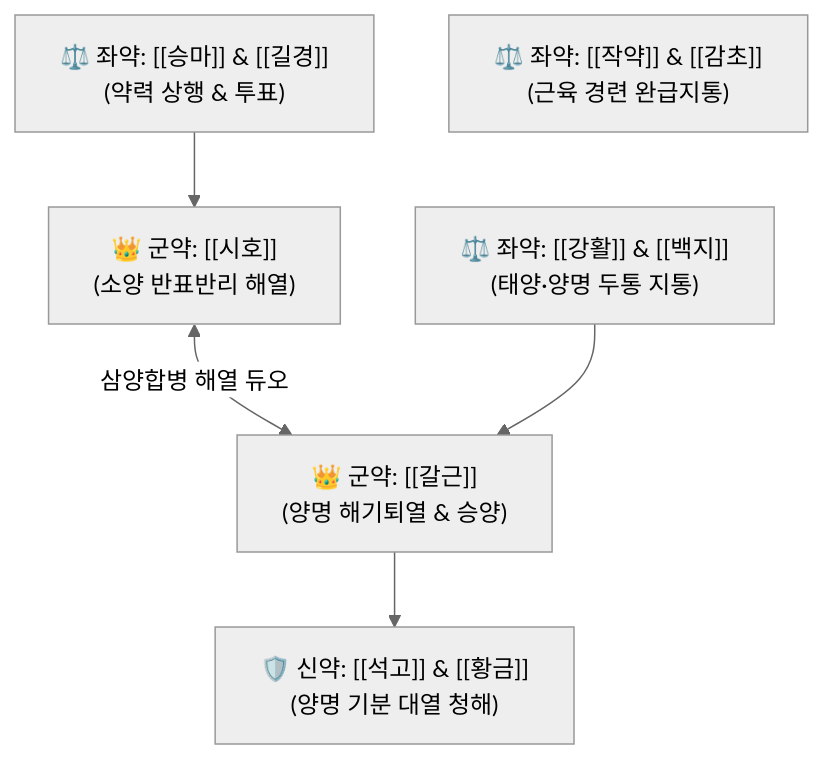
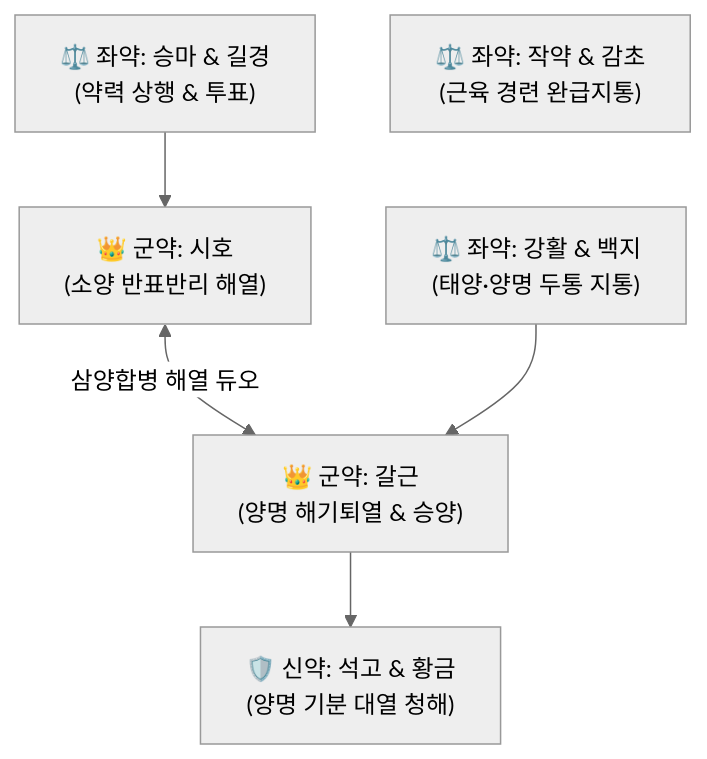
Before and after one commit to simbio11/simbio-digital-garden2: the diagram in content/2. 약리 공부/처방/01_해표제/시갈해기탕.md, drawn with Mermaid (neutral theme). The commit also changed other lines of this file and 323 other files, not shown here.

````diff
--- a/content/2. 약리 공부/처방/01_해표제/시갈해기탕.md
+++ b/content/2. 약리 공부/처방/01_해표제/시갈해기탕.md
@@ -50,8 +53,8 @@
 ```mermaid
 graph TD
-    SH["👑 군약: [[시호]]<br>(소양 반표반리 해열)"] <-->|삼양합병 해열 듀오| GG["👑 군약: [[갈근]]<br>(양명 해기퇴열 & 승양)"]
-    GG --> SG["🛡️ 신약: [[석고]] & [[황금]]<br>(양명 기분 대열 청해)"]
-    KH["⚖️ 좌약: [[강활]] & [[백지]]<br>(태양·양명 두통 지통)"] --> GG
-    SM["⚖️ 좌약: [[승마]] & [[길경]]<br>(약력 상행 & 투표)"] --> SH
-    JY["⚖️ 좌약: [[작약]] & [[감초]]<br>(근육 경련 완급지통)"]
+    SH["👑 군약: 시호<br>(소양 반표반리 해열)"] <-->|삼양합병 해열 듀오| GG["👑 군약: 갈근<br>(양명 해기퇴열 & 승양)"]
+    GG --> SG["🛡️ 신약: 석고 & 황금<br>(양명 기분 대열 청해)"]
+    KH["⚖️ 좌약: 강활 & 백지<br>(태양·양명 두통 지통)"] --> GG
+    SM["⚖️ 좌약: 승마 & 길경<br>(약력 상행 & 투표)"] --> SH
+    JY["⚖️ 좌약: 작약 & 감초<br>(근육 경련 완급지통)"]
 ```
````
